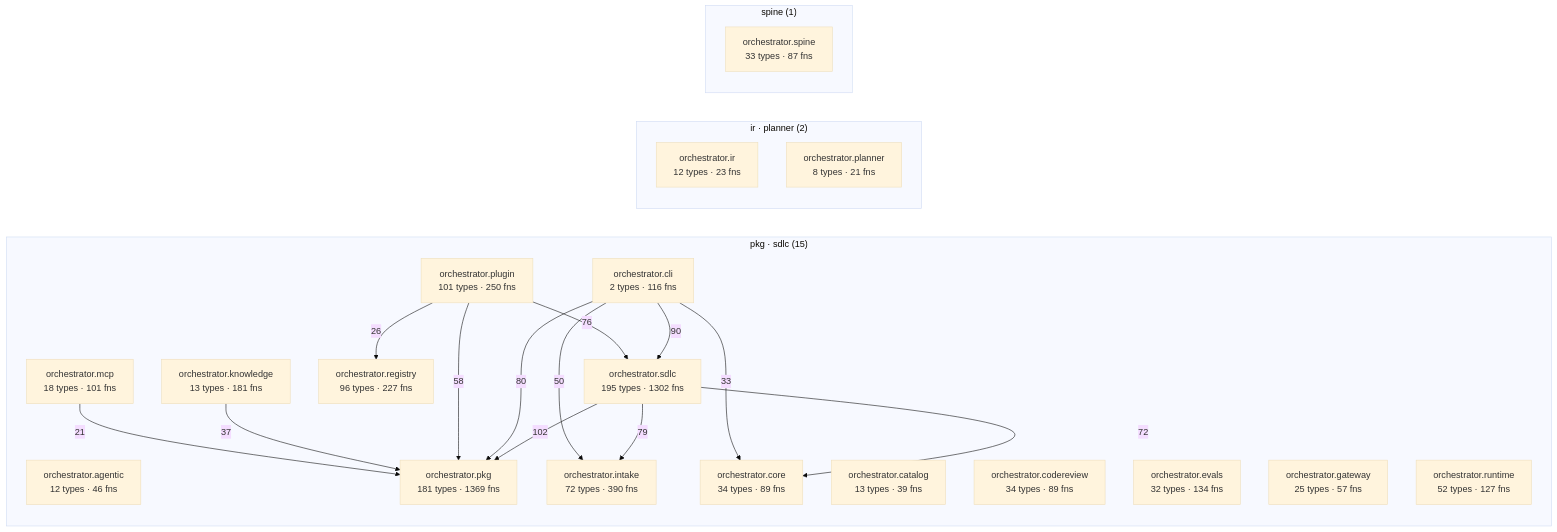
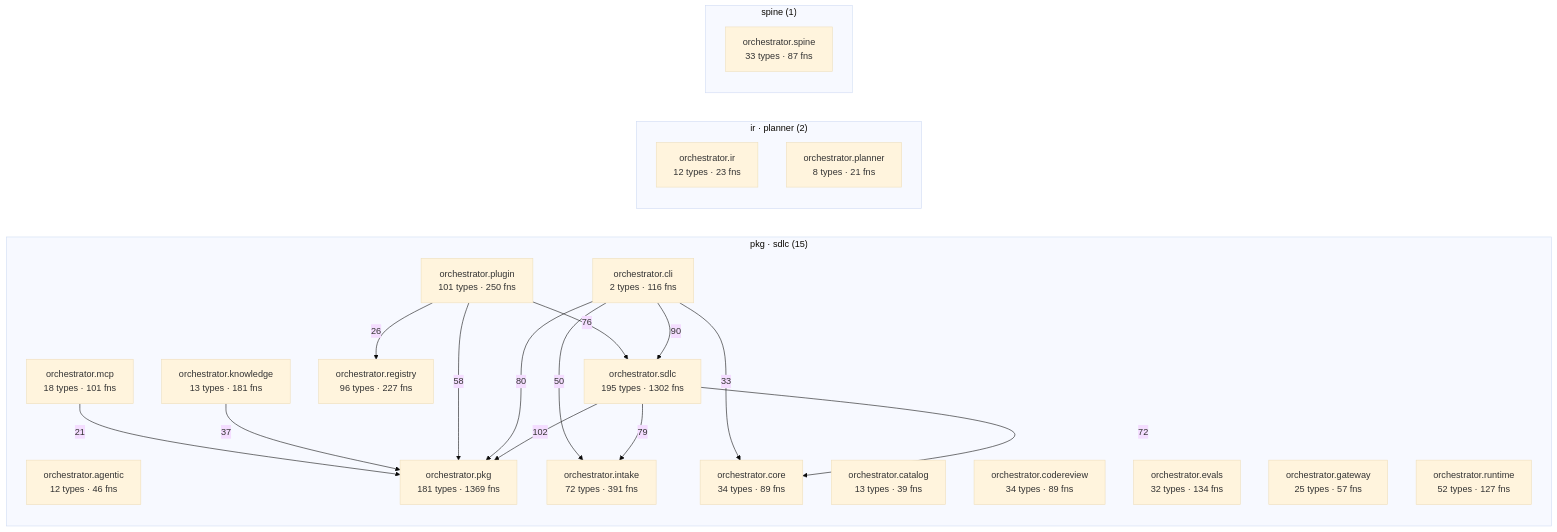
Before and after one commit to synaptixs/spine: the diagram in episteme/architecture.md, drawn with Mermaid (base theme). The commit also changed other lines of this file and 13 other files, not shown here.

````diff
--- a/episteme/architecture.md
+++ b/episteme/architecture.md
@@ -56,39 +56,39 @@
 ```mermaid
 flowchart LR
   subgraph c_2["pkg · sdlc (15)"]
     aorchestratoragentic["orchestrator.agentic<br/>12 types · 46 fns"]
     aorchestratorcatalog["orchestrator.catalog<br/>13 types · 39 fns"]
     aorchestratorcli["orchestrator.cli<br/>2 types · 116 fns"]
     aorchestratorcodereview["orchestrator.codereview<br/>34 types · 89 fns"]
     aorchestratorcore["orchestrator.core<br/>34 types · 89 fns"]
     aorchestratorevals["orchestrator.evals<br/>32 types · 134 fns"]
     aorchestratorgateway["orchestrator.gateway<br/>25 types · 57 fns"]
-    aorchestratorintake["orchestrator.intake<br/>72 types · 390 fns"]
+    aorchestratorintake["orchestrator.intake<br/>72 types · 391 fns"]
     aorchestratorknowledge["orchestrator.knowledge<br/>13 types · 181 fns"]
     aorchestratormcp["orchestrator.mcp<br/>18 types · 101 fns"]
     aorchestratorpkg["orchestrator.pkg<br/>181 types · 1369 fns"]
     aorchestratorplugin["orchestrator.plugin<br/>101 types · 250 fns"]
     aorchestratorregistry["orchestrator.registry<br/>96 types · 227 fns"]
     aorchestratorruntime["orchestrator.runtime<br/>52 types · 127 fns"]
     aorchestratorsdlc["orchestrator.sdlc<br/>195 types · 1302 fns"]
   end
   subgraph c_6["ir · planner (2)"]
     aorchestratorir["orchestrator.ir<br/>12 types · 23 fns"]
     aorchestratorplanner["orchestrator.planner<br/>8 types · 21 fns"]
   end
   subgraph c_11["spine (1)"]
     aorchestratorspine["orchestrator.spine<br/>33 types · 87 fns"]
   end
   aorchestratorsdlc -->|102| aorchestratorpkg
   aorchestratorcli -->|90| aorchestratorsdlc
   aorchestratorcli -->|80| aorchestratorpkg
   aorchestratorsdlc -->|79| aorchestratorintake
   aorchestratorplugin -->|76| aorchestratorsdlc
   aorchestratorsdlc -->|72| aorchestratorcore
   aorchestratorplugin -->|58| aorchestratorpkg
   aorchestratorcli -->|50| aorchestratorintake
   aorchestratorknowledge -->|37| aorchestratorpkg
   aorchestratorcli -->|33| aorchestratorcore
   aorchestratorplugin -->|26| aorchestratorregistry
   aorchestratormcp -->|21| aorchestratorpkg
 ```
````
